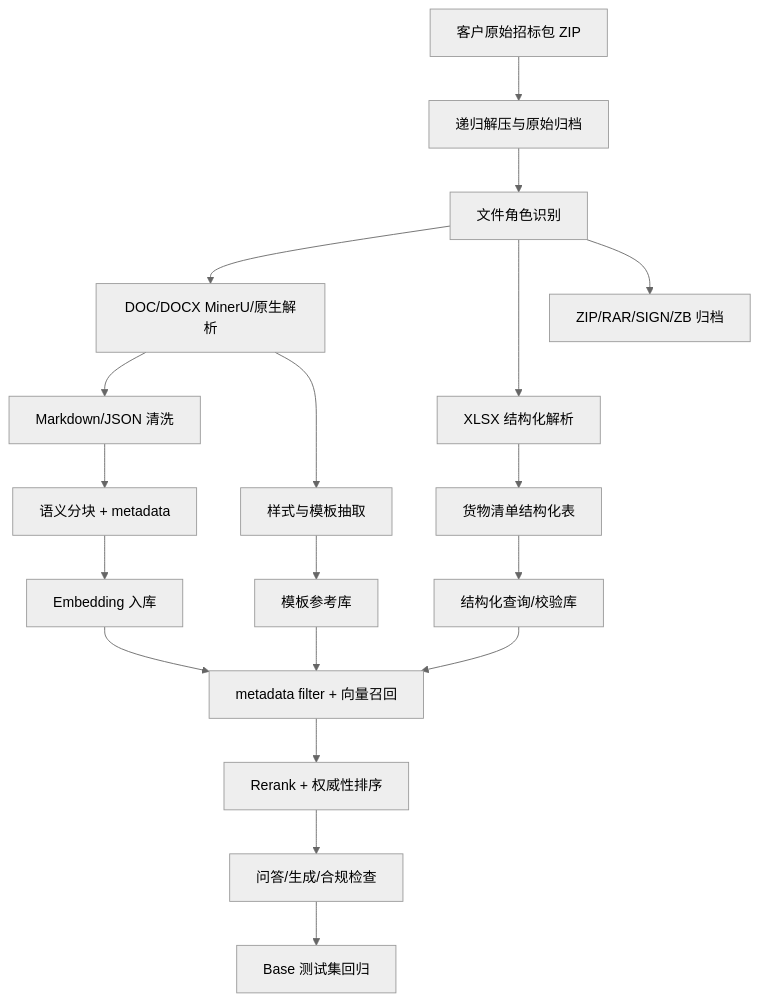
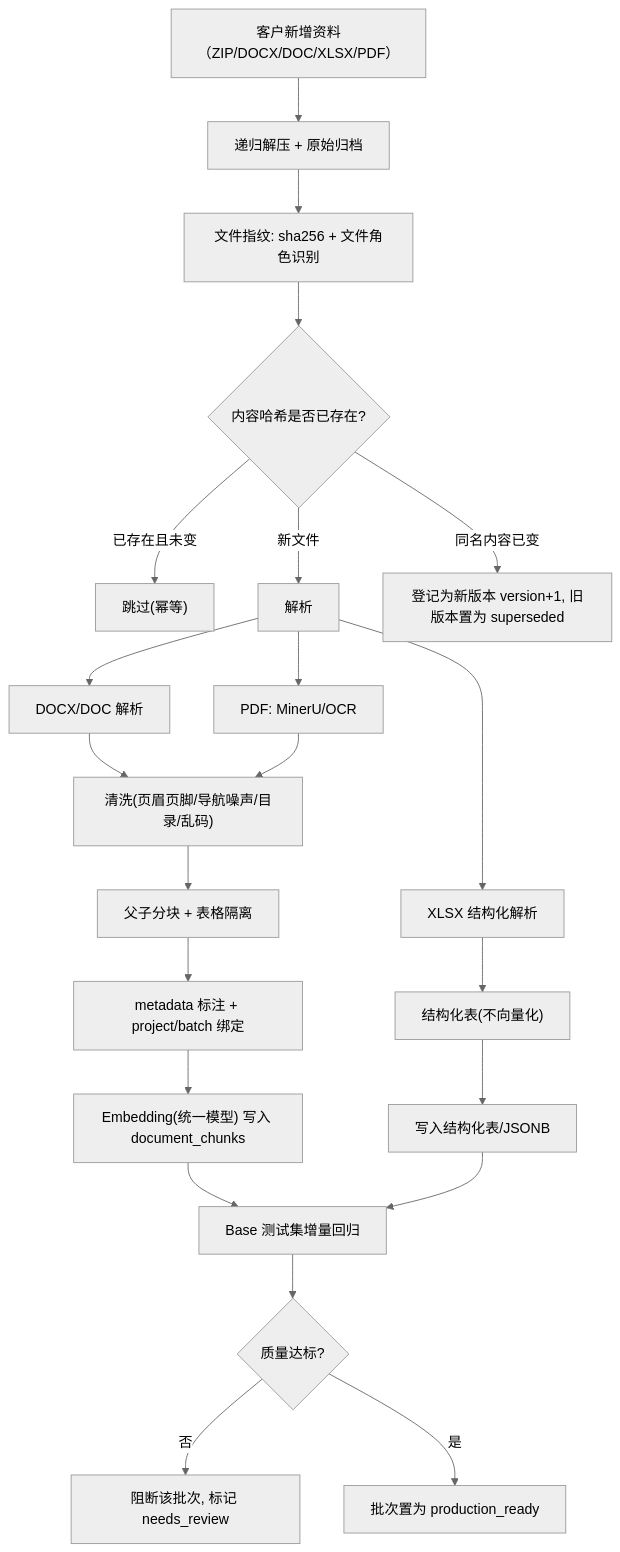
The first of 2 diagrams in feishu/docs/国家电网物资协议库存标书RAG技术路线评审稿.md (sunShineLoveMe/ai_bidding_power_grid), drawn with Mermaid (neutral theme) before and after one commit. The commit also changed other lines of this file and 1 other file, not shown here.

````diff
--- a/feishu/docs/国家电网物资协议库存标书RAG技术路线评审稿.md
+++ b/feishu/docs/国家电网物资协议库存标书RAG技术路线评审稿.md
@@ -70,21 +58,24 @@
 ```mermaid
 flowchart TD
-    A["客户原始招标包 ZIP"] --> B["递归解压与原始归档"]
-    B --> C["文件角色识别"]
-    C --> D1["DOC/DOCX MinerU/原生解析"]
-    C --> D2["XLSX 结构化解析"]
-    C --> D3["ZIP/RAR/SIGN/ZB 归档"]
-    D1 --> E1["Markdown/JSON 清洗"]
-    D1 --> E2["样式与模板抽取"]
-    D2 --> E3["货物清单结构化表"]
-    E1 --> F["语义分块 + metadata"]
-    E2 --> G["模板参考库"]
-    E3 --> H["结构化查询/校验库"]
-    F --> I["Embedding 入库"]
-    I --> J["metadata filter + 向量召回"]
-    H --> J
-    G --> J
-    J --> K["Rerank + 权威性排序"]
-    K --> L["问答/生成/合规检查"]
-    L --> M["Base 测试集回归"]
+    A["客户新增资料（ZIP/DOCX/DOC/XLSX/PDF）"] --> B["递归解压 + 原始归档"]
+    B --> C["文件指纹: sha256 + 文件角色识别"]
+    C --> D{"内容哈希是否已存在?"}
+    D -- 已存在且未变 --> Z["跳过(幂等)"]
+    D -- 新文件 --> E["解析"]
+    D -- 同名内容已变 --> V["登记为新版本 version+1, 旧版本置为 superseded"]
+    E --> E1["DOCX/DOC 解析"]
+    E --> E2["XLSX 结构化解析"]
+    E --> E3["PDF: MinerU/OCR"]
+    E1 --> F["清洗(页眉页脚/导航噪声/目录/乱码)"]
+    E3 --> F
+    F --> G["父子分块 + 表格隔离"]
+    E2 --> H["结构化表(不向量化)"]
+    G --> I["metadata 标注 + project/batch 绑定"]
+    I --> J["Embedding(统一模型) 写入 document_chunks"]
+    H --> K["写入结构化表/JSONB"]
+    J --> L["Base 测试集增量回归"]
+    K --> L
+    L --> M{"质量达标?"}
+    M -- 否 --> R["阻断该批次, 标记 needs_review"]
+    M -- 是 --> P["批次置为 production_ready"]
 ```
````
